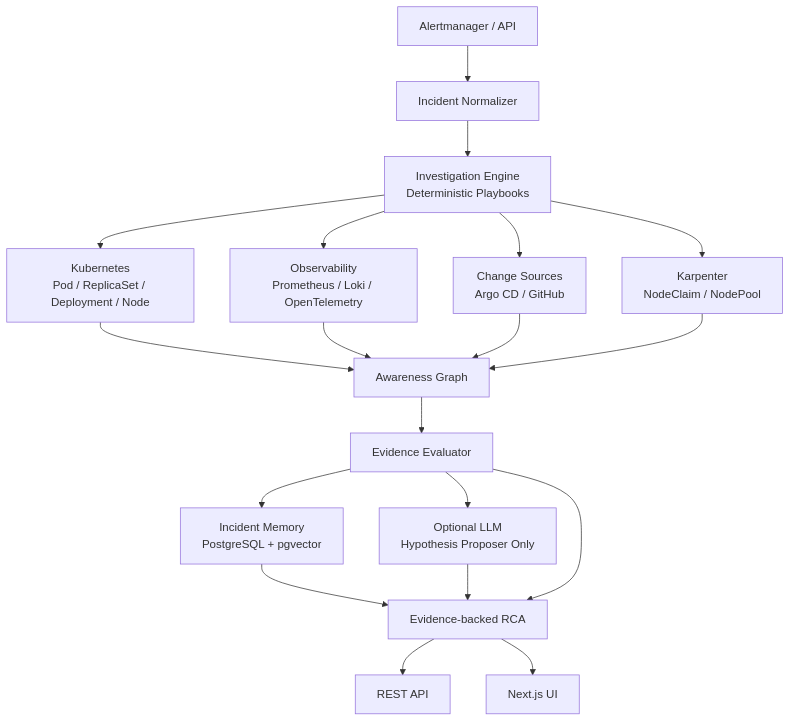
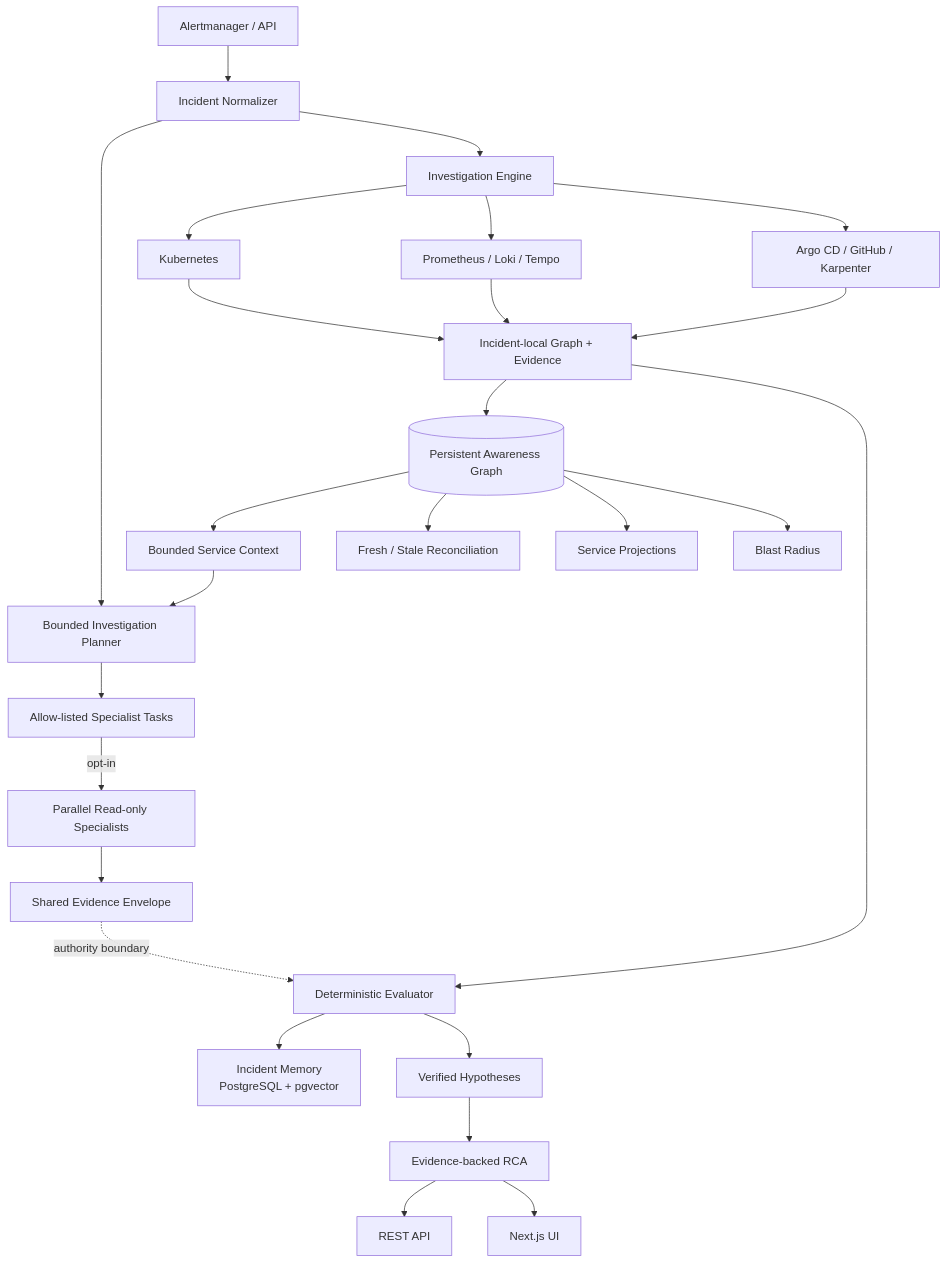
One commit to marcocristofolini/ai-sre-rca changed the first of 7 diagrams in README.md. Above: the diagram before and after it, drawn with Mermaid. The commit also changed other lines of this file and 38 other files, not shown here.

First line of the commit message:
feat: v0.8 persistent awareness graph foundation (#18)

````diff
--- a/README.md
+++ b/README.md
@@ -81,26 +113,32 @@
 ```mermaid
 flowchart TD
-    A[Alertmanager / API] --> B[Incident Normalizer]
-    B --> C[Investigation Engine<br/>Deterministic Playbooks]
+    A[Alertmanager / API] --> N[Incident Normalizer]
+    N --> P[Bounded Investigation Planner]
+    N --> E[Investigation Engine]
 
-    C --> K[Kubernetes<br/>Pod / ReplicaSet / Deployment / Node]
-    C --> O[Observability<br/>Prometheus / Loki / OpenTelemetry]
-    C --> CH[Change Sources<br/>Argo CD / GitHub]
-    C --> KA[Karpenter<br/>NodeClaim / NodePool]
+    G[(Persistent Awareness Graph)] --> C[Bounded Service Context]
+    C --> P
+    P --> T[Allow-listed Specialist Tasks]
+    T -->|opt-in| X[Parallel Read-only Specialists]
+    X --> SE[Shared Evidence Envelope]
 
-    K --> G[Awareness Graph]
-    O --> G
-    CH --> G
-    KA --> G
+    E --> K[Kubernetes]
+    E --> O[Prometheus / Loki / Tempo]
+    E --> CH[Argo CD / GitHub / Karpenter]
+    K --> L[Incident-local Graph + Evidence]
+    O --> L
+    CH --> L
 
-    G --> E[Evidence Evaluator]
-    E --> M[Incident Memory<br/>PostgreSQL + pgvector]
-    E --> L[Optional LLM<br/>Hypothesis Proposer Only]
+    L --> G
+    G --> R[Fresh / Stale Reconciliation]
+    G --> S[Service Projections]
+    G --> B[Blast Radius]
 
-    M --> R[Evidence-backed RCA]
-    L --> R
-    E --> R
-
-    R --> API[REST API]
-    R --> UI[Next.js UI]
+    L --> D[Deterministic Evaluator]
+    SE -. authority boundary .-> D
+    D --> M[Incident Memory<br/>PostgreSQL + pgvector]
+    D --> H[Verified Hypotheses]
+    H --> RCA[Evidence-backed RCA]
+    RCA --> API[REST API]
+    RCA --> UI[Next.js UI]
 ```
````
